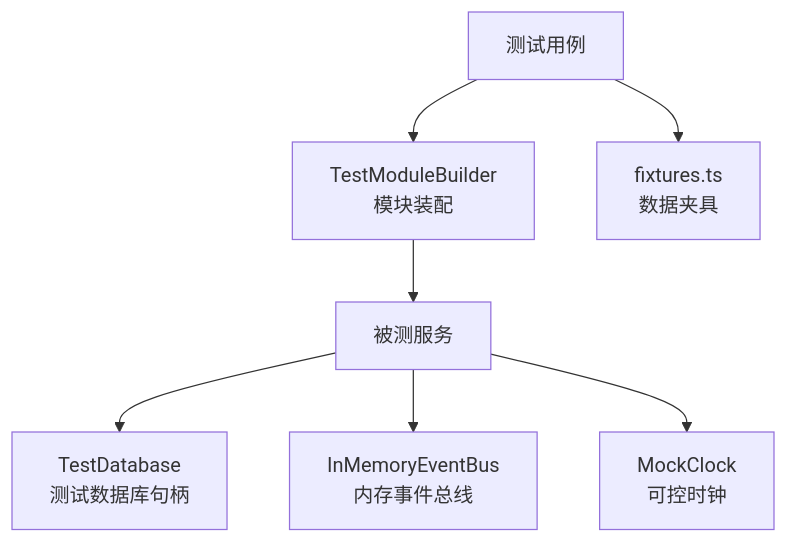
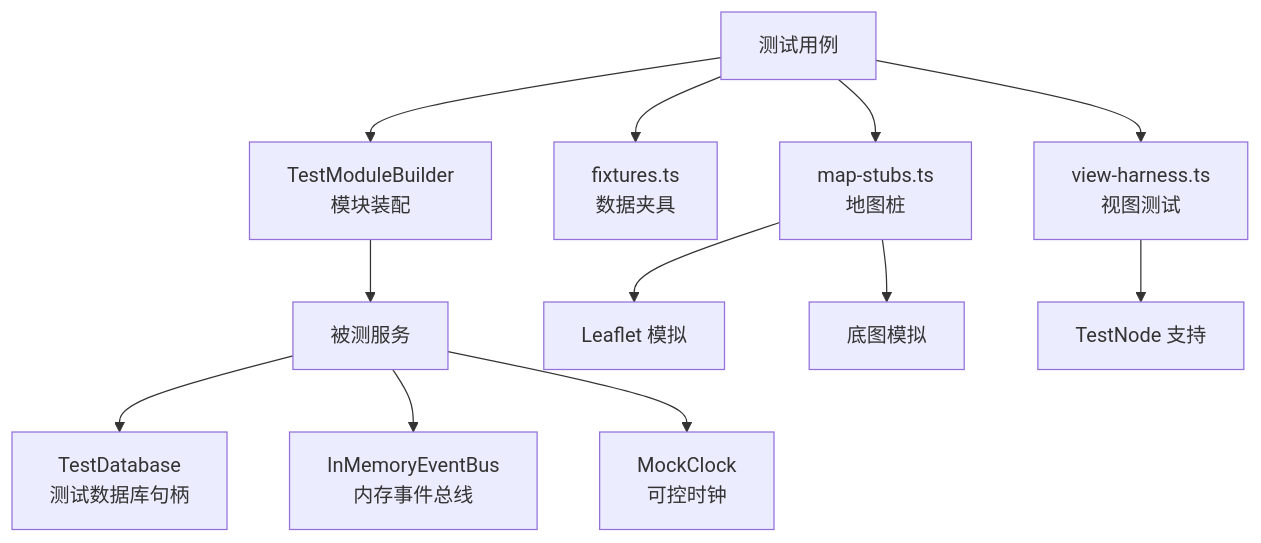
Before and after one commit to q446328246/agri-platform: the second of 10 diagrams in .qoder/repowiki/zh/content/测试策略/测试工具.md, drawn with Mermaid. The commit also changed other lines of this file and 47 other files, not shown here.

````diff
--- a/.qoder/repowiki/zh/content/测试策略/测试工具.md
+++ b/.qoder/repowiki/zh/content/测试策略/测试工具.md
@@ -98,9 +123,14 @@
 ```mermaid
 graph TB
 Test["测试用例"] --> Builder["TestModuleBuilder<br/>模块装配"]
 Builder --> Service["被测服务"]
 Service --> DB["TestDatabase<br/>测试数据库句柄"]
 Service --> Bus["InMemoryEventBus<br/>内存事件总线"]
 Service --> Clock["MockClock<br/>可控时钟"]
 Test --> Fixtures["fixtures.ts<br/>数据夹具"]
+Test --> MapStubs["map-stubs.ts<br/>地图桩"]
+Test --> ViewHarness["view-harness.ts<br/>视图测试"]
+MapStubs --> Leaflet["Leaflet 模拟"]
+MapStubs --> Basemap["底图模拟"]
+ViewHarness --> TestNode["TestNode 支持"]
 ```
````
